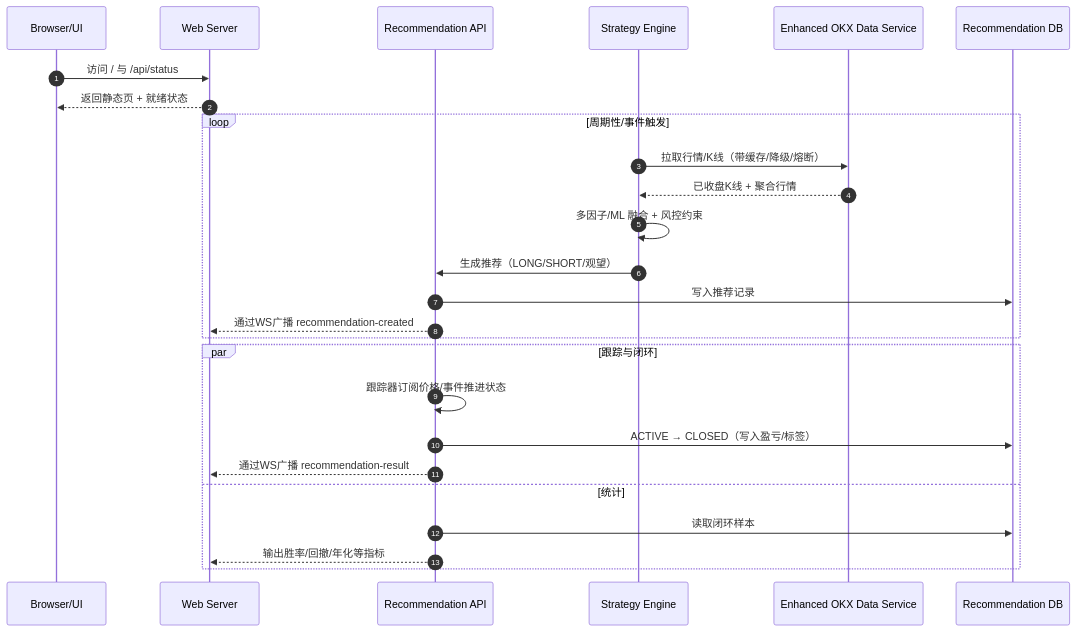
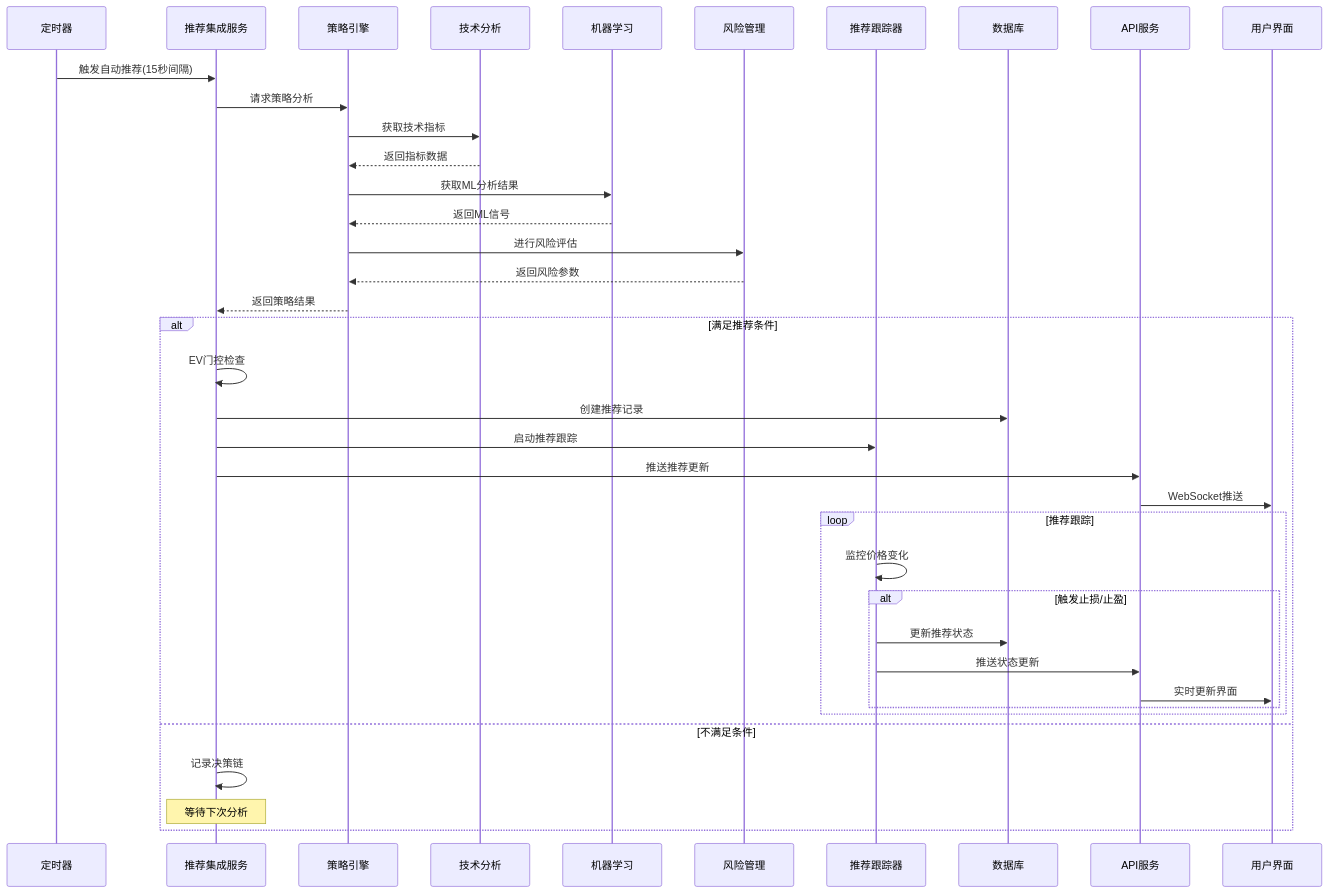
Before and after one commit to wangqiang-666/ETH: the second of 2 diagrams in README.md, drawn with Mermaid. The commit also changed other lines of this file and 108 other files, not shown here.

````diff
--- a/README.md
+++ b/README.md
@@ -520,31 +109,47 @@
 ```mermaid
 sequenceDiagram
-    autonumber
-    participant Browser as Browser/UI
-    participant Web as Web Server
-    participant API as Recommendation API
-    participant Strat as Strategy Engine
-    participant DS as Enhanced OKX Data Service
-    participant DB as Recommendation DB
+    participant Timer as 定时器
+    participant RIS as 推荐集成服务
+    participant SE as 策略引擎
+    participant TA as 技术分析
+    participant ML as 机器学习
+    participant RM as 风险管理
+    participant RT as 推荐跟踪器
+    participant DB as 数据库
+    participant API as API服务
+    participant UI as 用户界面
 
-    Browser->>Web: 访问 / 与 /api/status
-    Web-->>Browser: 返回静态页 + 就绪状态
-
-    loop 周期性/事件触发
-      Strat->>DS: 拉取行情/K线（带缓存/降级/熔断）
-      DS-->>Strat: 已收盘K线 + 聚合行情
-      Strat->>Strat: 多因子/ML 融合 + 风控约束
-      Strat->>API: 生成推荐（LONG/SHORT/观望）
-      API->>DB: 写入推荐记录
-      API-->>Web: 通过WS广播 recommendation-created
-    end
-
-    par 跟踪与闭环
-      API->>API: 跟踪器订阅价格/事件推进状态
-      API->>DB: ACTIVE → CLOSED（写入盈亏/标签）
-      API-->>Web: 通过WS广播 recommendation-result
-    and 统计
-      API->>DB: 读取闭环样本
-      API-->>Web: 输出胜率/回撤/年化等指标
+    Timer->>RIS: 触发自动推荐(15秒间隔)
+    RIS->>SE: 请求策略分析
+    
+    SE->>TA: 获取技术指标
+    TA-->>SE: 返回指标数据
+    
+    SE->>ML: 获取ML分析结果
+    ML-->>SE: 返回ML信号
+    
+    SE->>RM: 进行风险评估
+    RM-->>SE: 返回风险参数
+    
+    SE-->>RIS: 返回策略结果
+    
+    alt 满足推荐条件
+        RIS->>RIS: EV门控检查
+        RIS->>DB: 创建推荐记录
+        RIS->>RT: 启动推荐跟踪
+        RIS->>API: 推送推荐更新
+        API->>UI: WebSocket推送
+        
+        loop 推荐跟踪
+            RT->>RT: 监控价格变化
+            alt 触发止损/止盈
+                RT->>DB: 更新推荐状态
+                RT->>API: 推送状态更新
+                API->>UI: 实时更新界面
+            end
+        end
+    else 不满足条件
+        RIS->>RIS: 记录决策链
+        Note over RIS: 等待下次分析
     end
 ```
````
